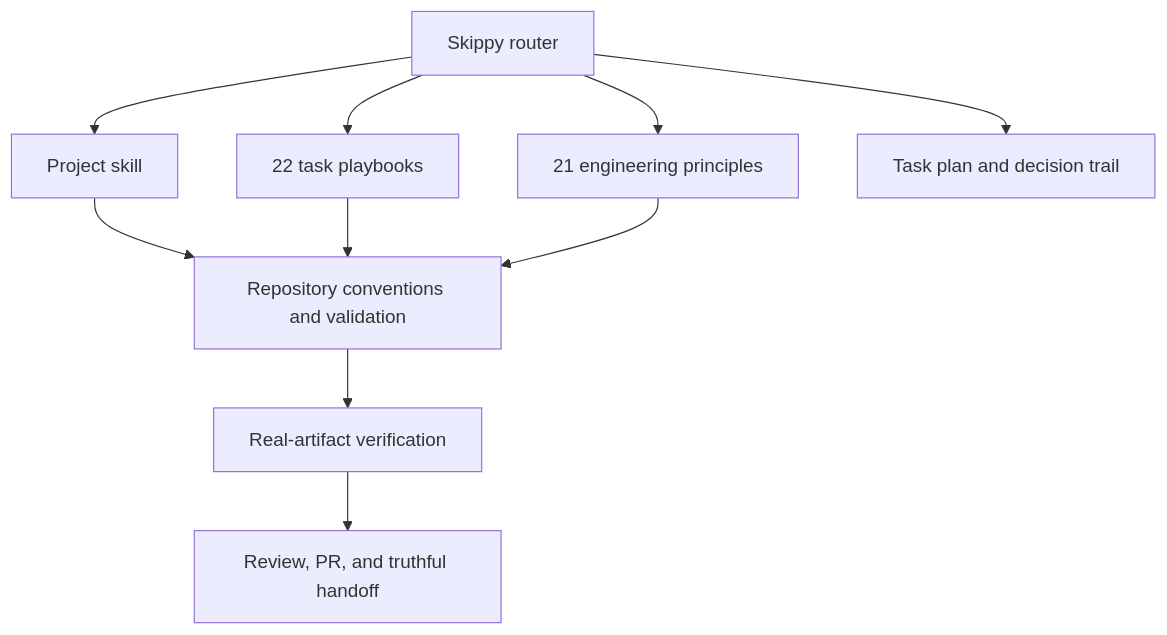
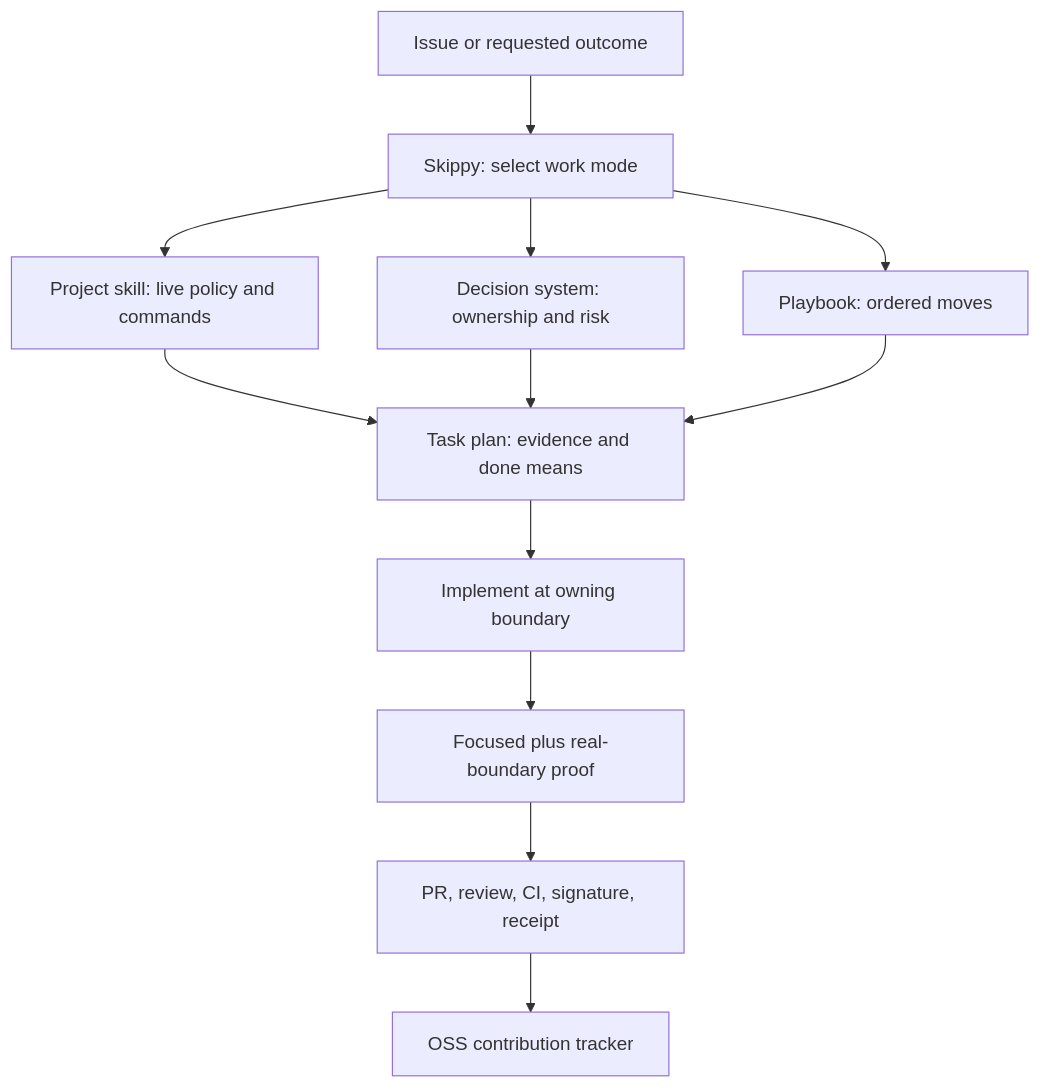
The second of 3 diagrams in README.md (deepujain/skippy), drawn with Mermaid before and after one commit. The commit also changed other lines of this file and 9 other files, not shown here.

Commit message:
refactor: ground Skippy in OSS engineering practice

````diff
--- a/README.md
+++ b/README.md
@@ -56,12 +78,14 @@
 ```mermaid
 flowchart TD
-  R["Skippy router"] --> P["21 engineering principles"]
-  R --> W["22 task playbooks"]
-  R --> S["Project skill"]
-  R --> T["Task plan and decision trail"]
-  S --> X["Repository conventions and validation"]
-  W --> X
-  P --> X
-  X --> V["Real-artifact verification"]
-  V --> Q["Review, PR, and truthful handoff"]
+  A["Issue or requested outcome"] --> B["Skippy: select work mode"]
+  B --> C["Project skill: live policy and commands"]
+  B --> D["Decision system: ownership and risk"]
+  B --> E["Playbook: ordered moves"]
+  C --> F["Task plan: evidence and done means"]
+  D --> F
+  E --> F
+  F --> G["Implement at owning boundary"]
+  G --> H["Focused plus real-boundary proof"]
+  H --> I["PR, review, CI, signature, receipt"]
+  I --> J["OSS contribution tracker"]
 ```
````
